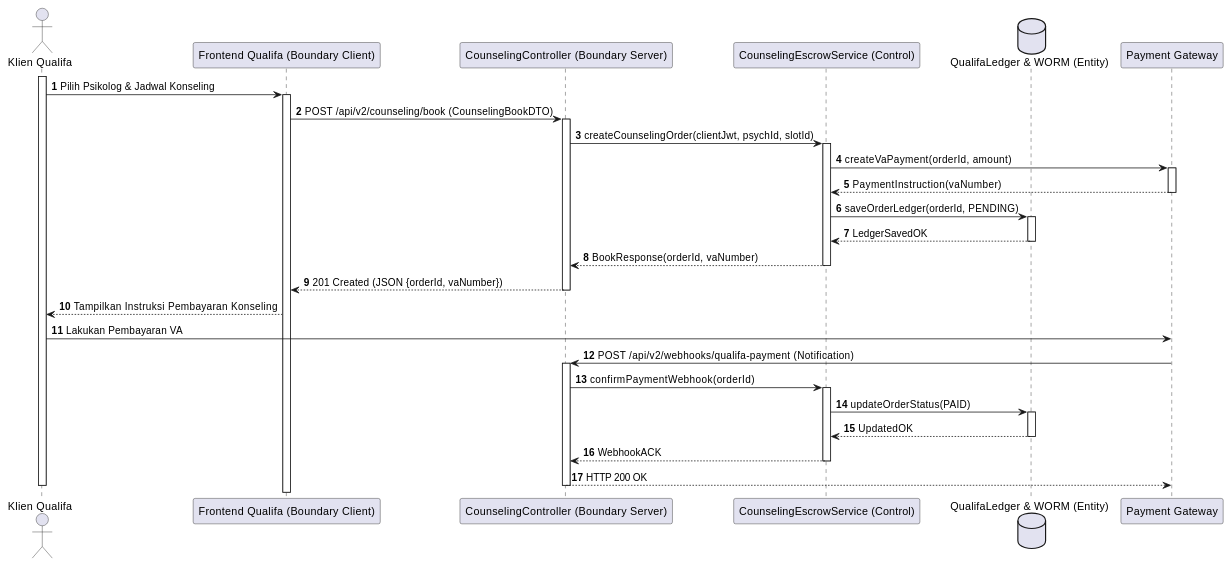
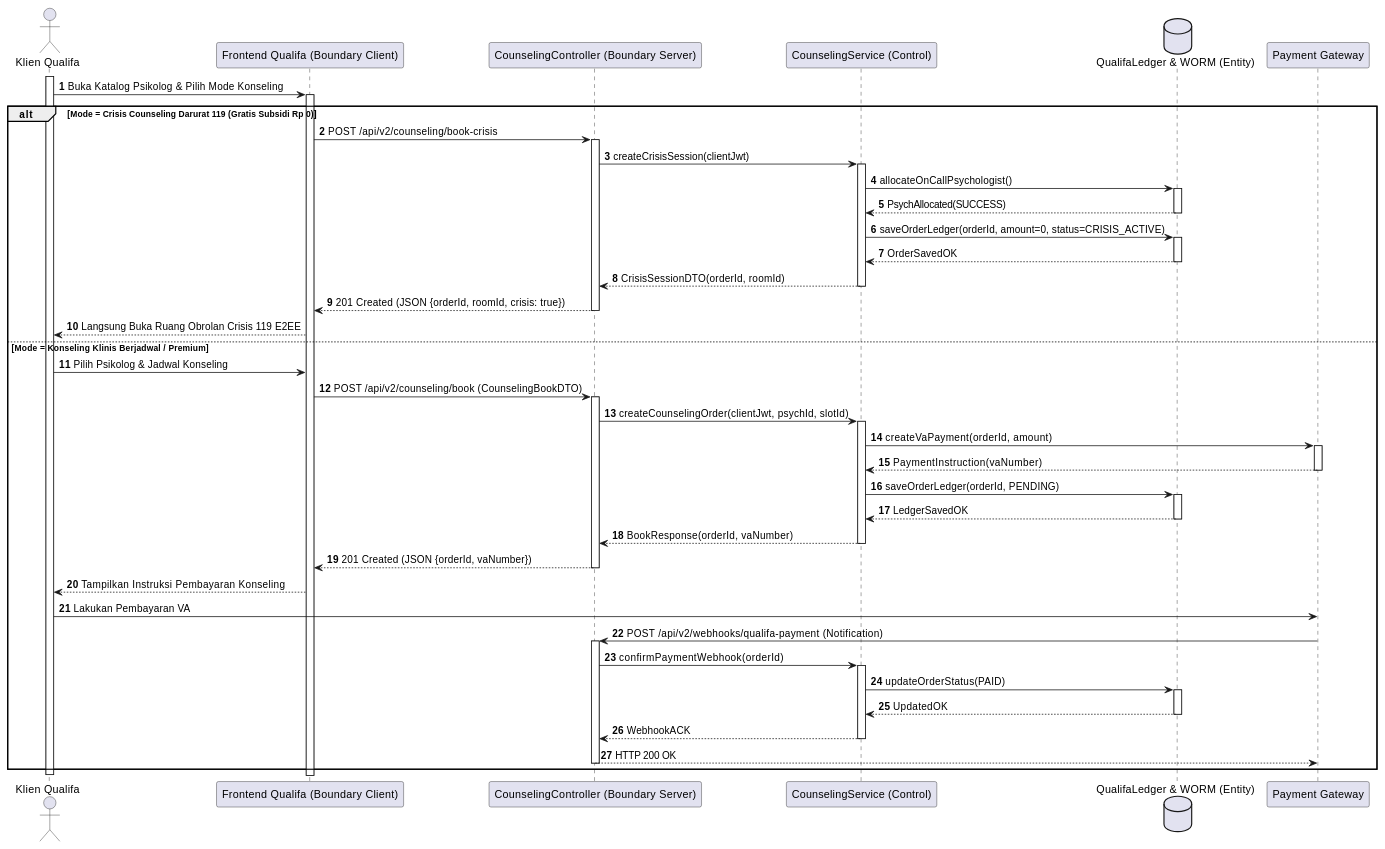
Before and after one commit to tupperwureism/SuperApp-Gagal: diagram 19 of 28 in MarkDown/plantuml_sequence_diagrams.md, drawn with PlantUML. The commit also changed other lines of this file and 1 other file, not shown here.

Commit message:
feat(sequence-diagrams): achieve 100% 1-to-1 branch fidelity between Sequence Diagrams and Activity Diagrams with 5-Lifeline BCE

````diff
--- a/MarkDown/plantuml_sequence_diagrams.md
+++ b/MarkDown/plantuml_sequence_diagrams.md
@@ -777,32 +854,46 @@
 ```plantuml
 @startuml
 autonumber
 actor "Klien Qualifa" as User
 participant "Frontend Qualifa (Boundary Client)" as B_FE
 participant "CounselingController (Boundary Server)" as B_BE
-participant "CounselingEscrowService (Control)" as C_Svc
+participant "CounselingService (Control)" as C_Svc
 database "QualifaLedger & WORM (Entity)" as E_DB
 participant "Payment Gateway" as Pay
 
 activate User
-User -> B_FE ++ : Pilih Psikolog & Jadwal Konseling
-B_FE -> B_BE ++ : POST /api/v2/counseling/book (CounselingBookDTO)
-B_BE -> C_Svc ++ : createCounselingOrder(clientJwt, psychId, slotId)
-C_Svc -> Pay ++ : createVaPayment(orderId, amount)
-Pay --> C_Svc -- : PaymentInstruction(vaNumber)
-C_Svc -> E_DB ++ : saveOrderLedger(orderId, PENDING)
-E_DB --> C_Svc -- : LedgerSavedOK
-C_Svc --> B_BE -- : BookResponse(orderId, vaNumber)
-B_BE --> B_FE -- : 201 Created (JSON {orderId, vaNumber})
-B_FE --> User : Tampilkan Instruksi Pembayaran Konseling
+User -> B_FE ++ : Buka Katalog Psikolog & Pilih Mode Konseling
 
-User -> Pay : Lakukan Pembayaran VA
-Pay -> B_BE ++ : POST /api/v2/webhooks/qualifa-payment (Notification)
-B_BE -> C_Svc ++ : confirmPaymentWebhook(orderId)
-C_Svc -> E_DB ++ : updateOrderStatus(PAID)
-E_DB --> C_Svc -- : UpdatedOK
-C_Svc --> B_BE -- : WebhookACK
-B_BE --> Pay -- : HTTP 200 OK
+alt Mode = Crisis Counseling Darurat 119 (Gratis Subsidi Rp 0)
+    B_FE -> B_BE ++ : POST /api/v2/counseling/book-crisis
+    B_BE -> C_Svc ++ : createCrisisSession(clientJwt)
+    C_Svc -> E_DB ++ : allocateOnCallPsychologist()
+    E_DB --> C_Svc -- : PsychAllocated(SUCCESS)
+    C_Svc -> E_DB ++ : saveOrderLedger(orderId, amount=0, status=CRISIS_ACTIVE)
+    E_DB --> C_Svc -- : OrderSavedOK
+    C_Svc --> B_BE -- : CrisisSessionDTO(orderId, roomId)
+    B_BE --> B_FE -- : 201 Created (JSON {orderId, roomId, crisis: true})
+    B_FE --> User : Langsung Buka Ruang Obrolan Crisis 119 E2EE
+else Mode = Konseling Klinis Berjadwal / Premium
+    User -> B_FE : Pilih Psikolog & Jadwal Konseling
+    B_FE -> B_BE ++ : POST /api/v2/counseling/book (CounselingBookDTO)
+    B_BE -> C_Svc ++ : createCounselingOrder(clientJwt, psychId, slotId)
+    C_Svc -> Pay ++ : createVaPayment(orderId, amount)
+    Pay --> C_Svc -- : PaymentInstruction(vaNumber)
+    C_Svc -> E_DB ++ : saveOrderLedger(orderId, PENDING)
+    E_DB --> C_Svc -- : LedgerSavedOK
+    C_Svc --> B_BE -- : BookResponse(orderId, vaNumber)
+    B_BE --> B_FE -- : 201 Created (JSON {orderId, vaNumber})
+    B_FE --> User : Tampilkan Instruksi Pembayaran Konseling
+
+    User -> Pay : Lakukan Pembayaran VA
+    Pay -> B_BE ++ : POST /api/v2/webhooks/qualifa-payment (Notification)
+    B_BE -> C_Svc ++ : confirmPaymentWebhook(orderId)
+    C_Svc -> E_DB ++ : updateOrderStatus(PAID)
+    E_DB --> C_Svc -- : UpdatedOK
+    C_Svc --> B_BE -- : WebhookACK
+    B_BE --> Pay -- : HTTP 200 OK
+end
 deactivate User
 @enduml
 ```
````
